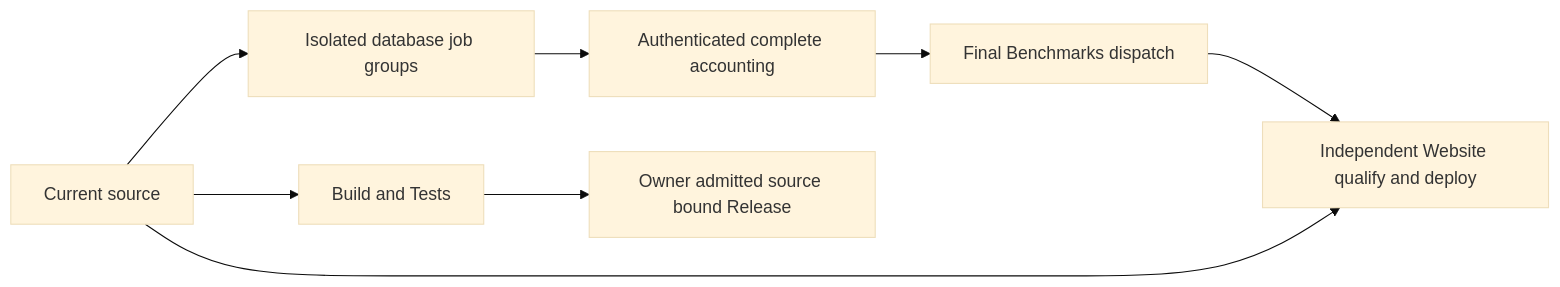
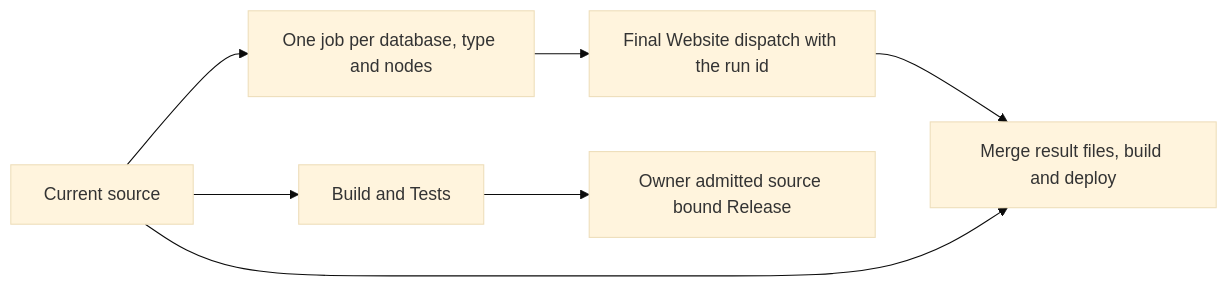
One commit to managedcode/KeyLoad changed the diagram in docs/ADR/ADR-062-workflow-separation.md. Above: the diagram before and after it, drawn with Mermaid (base theme). The commit also changed other lines of this file and 1064 other files, not shown here.

````diff
--- a/docs/ADR/ADR-062-workflow-separation.md
+++ b/docs/ADR/ADR-062-workflow-separation.md
@@ -24,10 +21,9 @@
 ```mermaid
 flowchart LR
     Source[Current source] --> Tests[Build and Tests]
-    Source --> Benchmarks[Isolated database job groups]
-    Benchmarks --> Aggregate[Authenticated complete accounting]
-    Aggregate --> Trigger[Final Benchmarks dispatch]
-    Trigger --> Website[Independent Website qualify and deploy]
+    Source --> Benchmarks[One job per database, type and nodes]
+    Benchmarks --> Trigger[Final Website dispatch with the run id]
+    Trigger --> Website[Merge result files, build and deploy]
     Source --> Website
     Tests --> Release[Owner admitted source bound Release]
 ```
````
